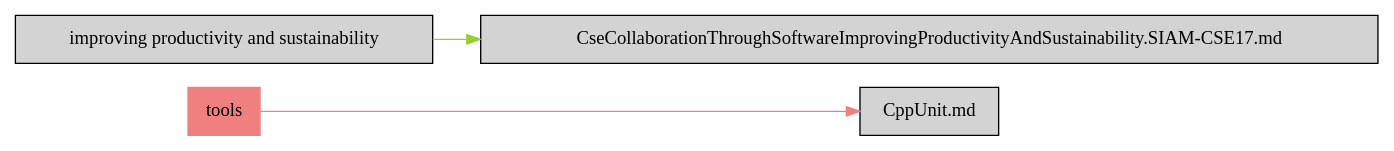
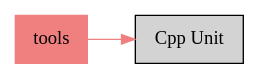
One commit to duongdo27/Dealii changed the diagram in markdown/topic_tools.dot. Above: the diagram before and after it, drawn with Graphviz. The commit also changed 15 other files, not shown here.

```diff
--- a/markdown/topic_tools.dot
+++ b/markdown/topic_tools.dot
@@ -1,9 +1,9 @@
 digraph bettersoftware {
             rankdir = LR;
             ratio = fill;
             node [style=filled];
             node [shape = box];
 "tools" [colorscheme="svg" color="lightcoral"];
 "tools" ->  "CppUnit.md" [colorscheme="svg" color="lightcoral"];
-"improving productivity and sustainability" ->  "CseCollaborationThroughSoftwareImprovingProductivityAndSustainability.SIAM-CSE17.md" [colorscheme="svg" color="yellowgreen"];
+"CppUnit.md" [label="Cpp Unit" URL="http://bss.parallactic.com/resources/cpp-unit"];
 }
```
